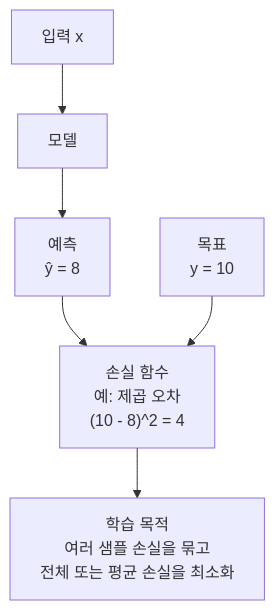
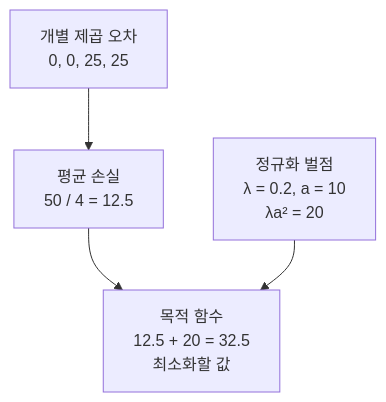
One commit to devchan64/AiBook changed the diagram in docs/assets/part-02/chapter-06/loss-objective-flow-ko.mmd. Above: the diagram before and after it, drawn with Mermaid. The commit also changed 7 other files, not shown here.

```diff
--- a/docs/assets/part-02/chapter-06/loss-objective-flow-ko.mmd
+++ b/docs/assets/part-02/chapter-06/loss-objective-flow-ko.mmd
@@ -1,12 +1,8 @@
 flowchart TD
-  X["입력 x"]
-  M["모델"]
-  P["예측<br/>ŷ = 8"]
-  Y["목표<br/>y = 10"]
-  L["손실 함수<br/>예: 제곱 오차<br/>(10 - 8)^2 = 4"]
-  O["학습 목적<br/>여러 샘플 손실을 묶고<br/>전체 또는 평균 손실을 최소화"]
-
-  X --> M --> P
-  P --> L
-  Y --> L
-  L --> O
+  L["개별 제곱 오차<br/>0, 0, 25, 25"]
+  M["평균 손실<br/>50 / 4 = 12.5"]
+  R["정규화 벌점<br/>λ = 0.2, a = 10<br/>λa² = 20"]
+  O["목적 함수<br/>12.5 + 20 = 32.5<br/>최소화할 값"]
+  L --> M
+  M --> O
+  R --> O
```
